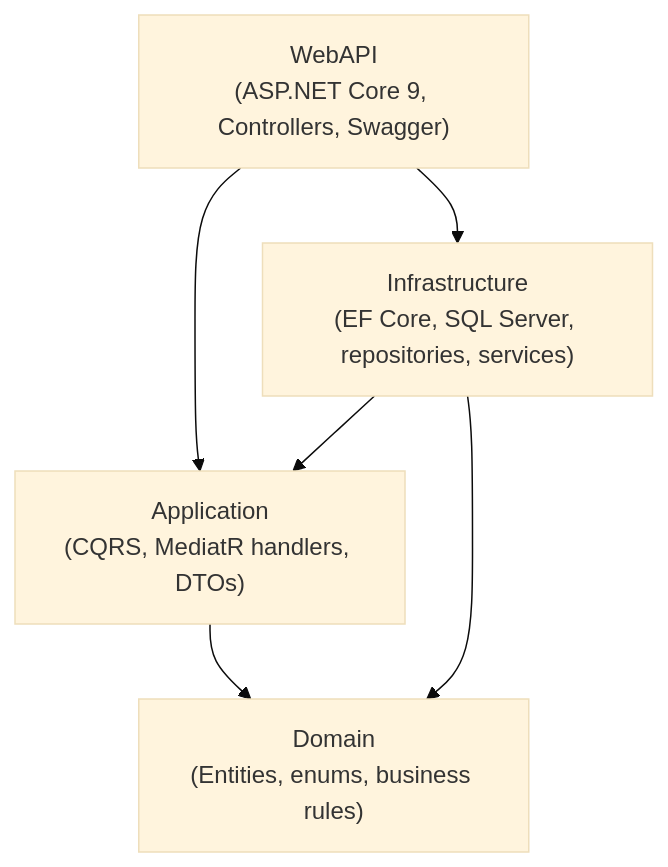
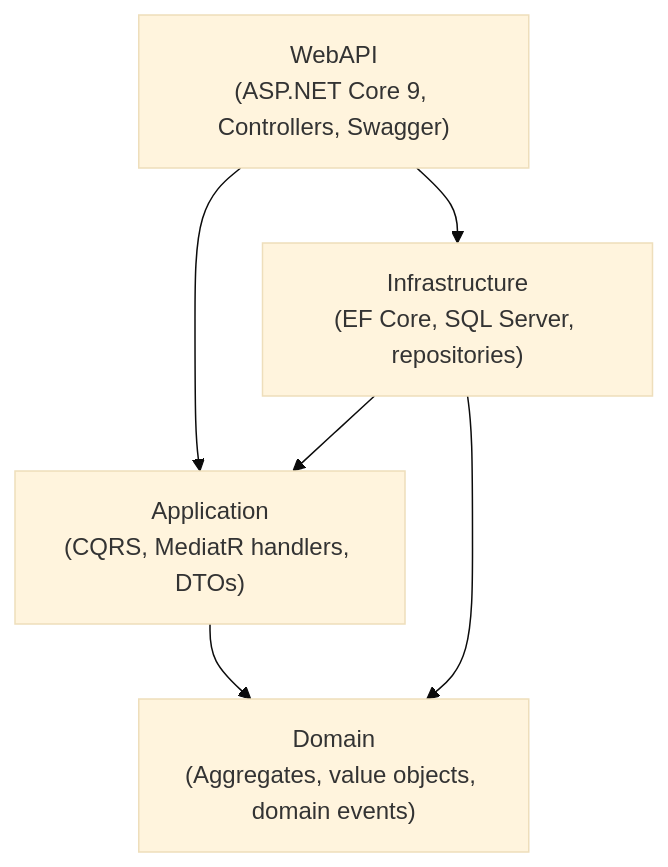
The first of 2 diagrams in README.md (abdel-rahmane-anp/recruitpro-clean-architecture), drawn with Mermaid (base theme) before and after one commit. The commit also changed other lines of this file and 1 other file, not shown here.

````diff
--- a/README.md
+++ b/README.md
@@ -28,13 +29,13 @@
 ```mermaid
 flowchart TD
     API["WebAPI<br/>(ASP.NET Core 9, Controllers, Swagger)"]
     APP["Application<br/>(CQRS, MediatR handlers, DTOs)"]
-    INF["Infrastructure<br/>(EF Core, SQL Server, repositories, services)"]
-    DOM["Domain<br/>(Entities, enums, business rules)"]
+    INF["Infrastructure<br/>(EF Core, SQL Server, repositories)"]
+    DOM["Domain<br/>(Aggregates, value objects, domain events)"]
 
     API --> APP
     API --> INF
     INF --> APP
     APP --> DOM
     INF --> DOM
 ```
````
